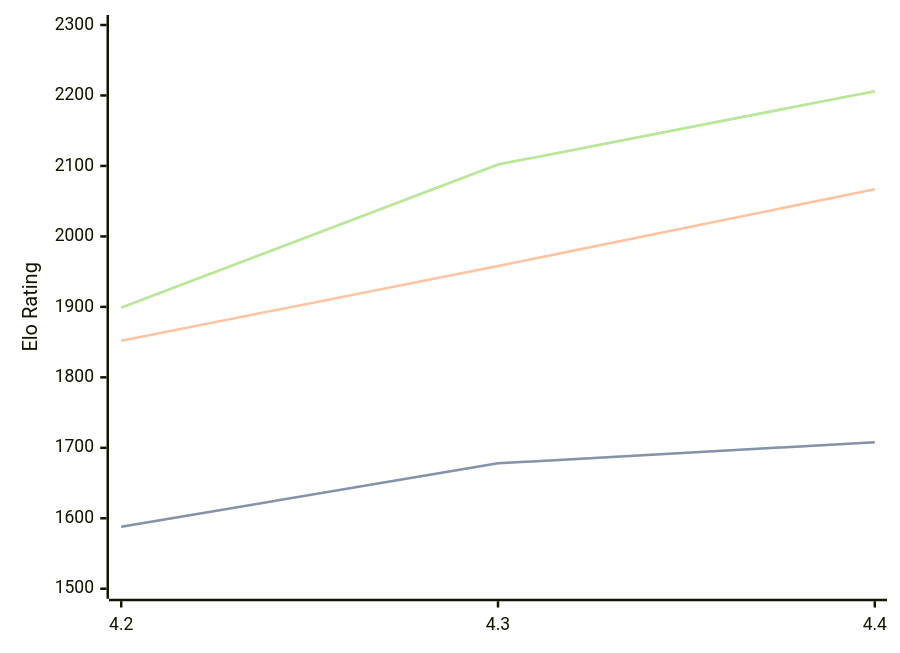
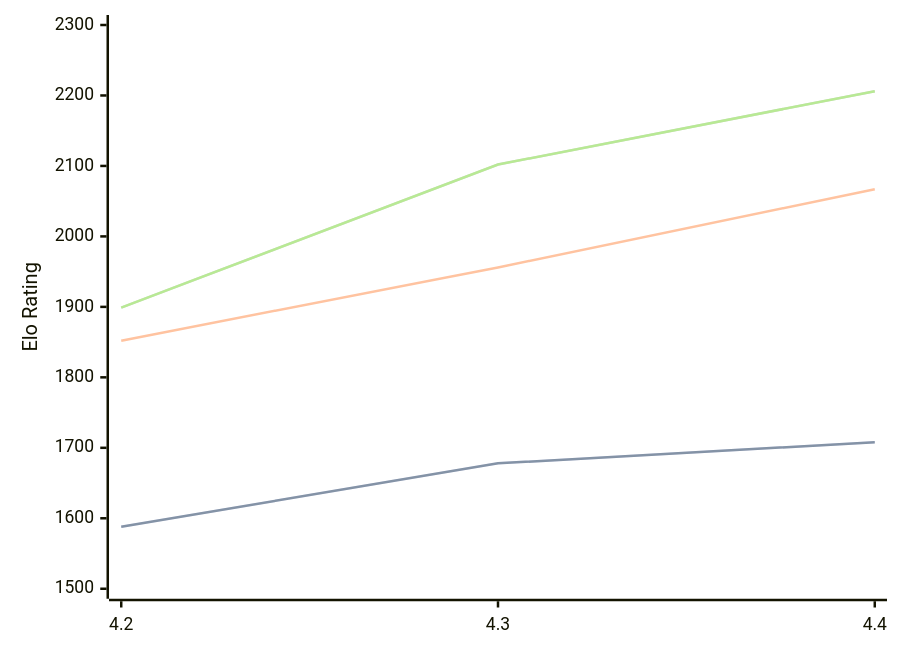
Before and after one commit to computer-chess-index/cci: the diagram in engines/Radiance.md, drawn with Mermaid. The commit also changed other lines of this file, not shown here.

````diff
--- a/engines/Radiance.md
+++ b/engines/Radiance.md
@@ -33,11 +33,11 @@
 ```mermaid
 %%{init: {"theme":"base","themeVariables":{"seriesColors:['#a3a3a3','#222221','#faa371']}}}%%
 xychart-beta
   x-axis ["4.2", "4.3", "4.4"]
   y-axis "Elo Rating" 1500 --> 2300
   line "" [1588, 1678, 1708]
   line "STC (8.0+0.08s)" [1588, 1678, 1708]
-  line "LTC (60.0+0.60s)" [1852, 1958, 2067]
+  line "LTC (60.0+0.60s)" [1852, 1956, 2067]
   line "" [1899, 2102, 2206]
   line "VLTC (2m24s+1.12s)" [1899, 2102, 2206]
 ```
````
